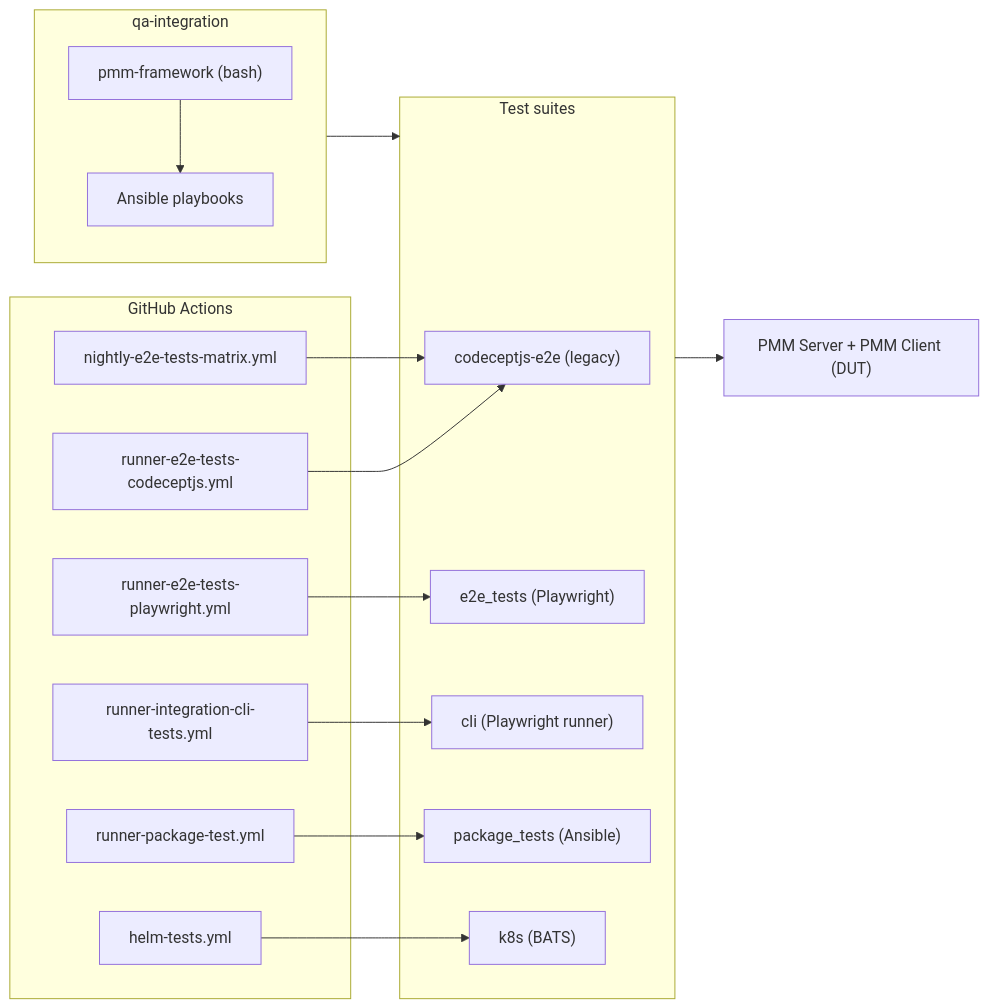
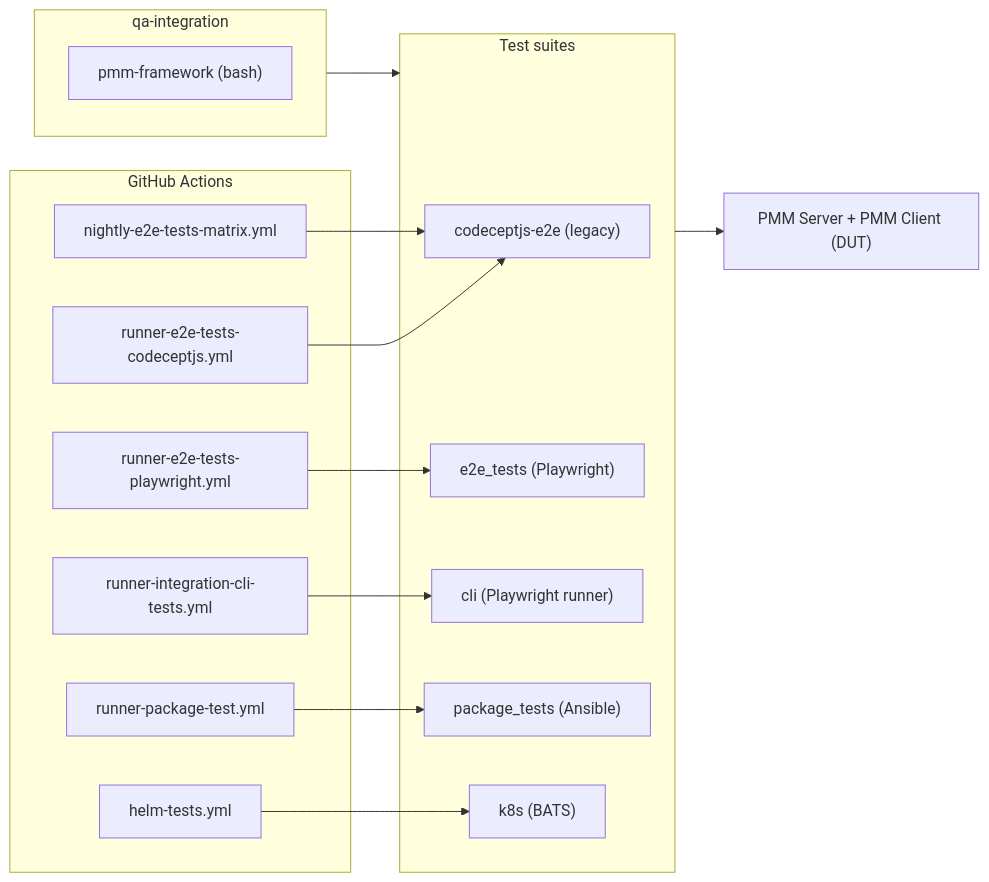
One commit to percona/pmm-qa changed the diagram in AGENTS.md. Above: the diagram before and after it, drawn with Mermaid. The commit also changed other lines of this file and 238 other files, not shown here.

````diff
--- a/AGENTS.md
+++ b/AGENTS.md
@@ -49,34 +50,32 @@
 ```mermaid
 flowchart LR
     subgraph Drivers["GitHub Actions"]
         ghaCjs["runner-e2e-tests-codeceptjs.yml"]
         ghaPw["runner-e2e-tests-playwright.yml"]
         ghaCli["runner-integration-cli-tests.yml"]
         ghaPkg["runner-package-test.yml"]
         ghaHelm["helm-tests.yml"]
         ghaNightly["nightly-e2e-tests-matrix.yml"]
     end
 
     subgraph Setup["qa-integration"]
         framework["pmm-framework (bash)"]
-        ansible["Ansible playbooks"]
-        framework --> ansible
     end
 
     subgraph Suites["Test suites"]
         cjs["codeceptjs-e2e (legacy)"]
         e2e["e2e_tests (Playwright)"]
         cli["cli (Playwright runner)"]
         pkg["package_tests (Ansible)"]
         helm["k8s (BATS)"]
     end
 
     Setup --> Suites
     ghaCjs --> cjs
     ghaPw --> e2e
     ghaCli --> cli
     ghaPkg --> pkg
     ghaHelm --> helm
     ghaNightly --> cjs
     Suites --> DUT["PMM Server + PMM Client (DUT)"]
 ```
````
